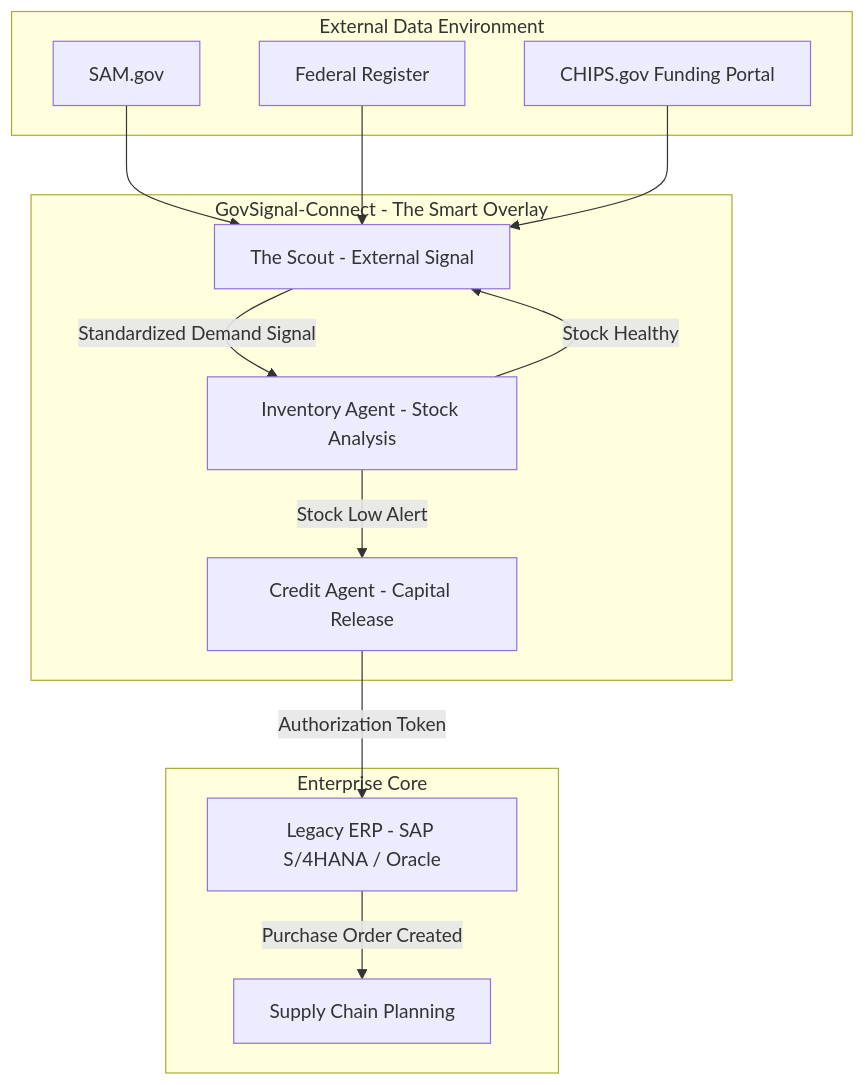
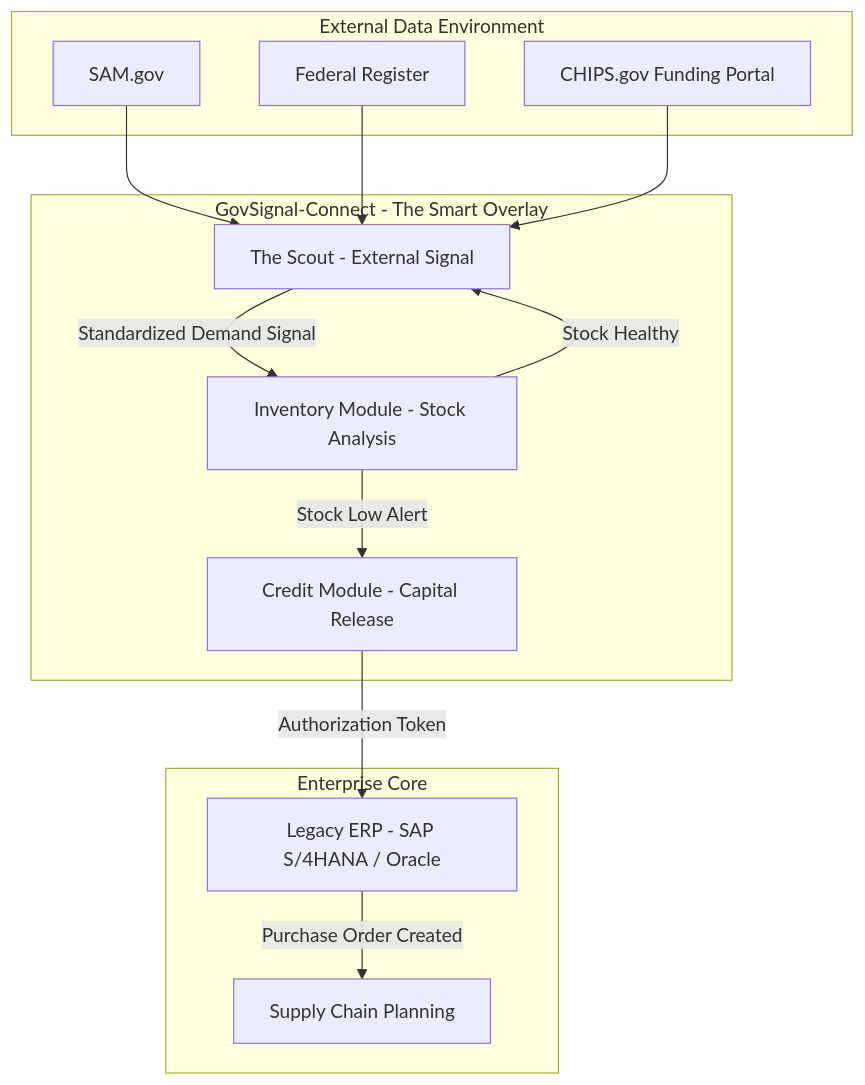
One commit to trahulkumar/GovSignal-Connect changed the diagram in README.md. Above: the diagram before and after it, drawn with Mermaid. The commit also changed other lines of this file, not shown here.

Commit message:
docs: enhanced readability in Readme

````diff
--- a/README.md
+++ b/README.md
@@ -34,30 +34,30 @@
 ```mermaid
 graph TD
     subgraph External_Data [External Data Environment]
         SAM[SAM.gov]
         FR[Federal Register]
         CHIPS[CHIPS.gov Funding Portal]
     end
 
     subgraph GovSignal [GovSignal-Connect - The Smart Overlay]
         Scout[The Scout - External Signal]
-        Inventory[Inventory Agent - Stock Analysis]
-        Credit[Credit Agent - Capital Release]
+        Inventory[Inventory Module - Stock Analysis]
+        Credit[Credit Module - Capital Release]
     end
 
     subgraph Enterprise [Enterprise Core]
         ERP[Legacy ERP - SAP S/4HANA / Oracle]
         SCM[Supply Chain Planning]
     end
 
     SAM --> Scout
     FR --> Scout
     CHIPS --> Scout
     
     Scout -- Standardized Demand Signal --> Inventory
     Inventory -- Stock Low Alert --> Credit
     Inventory -- Stock Healthy --> Scout
     
     Credit -- Authorization Token --> ERP
     ERP -- Purchase Order Created --> SCM
 ```
````
